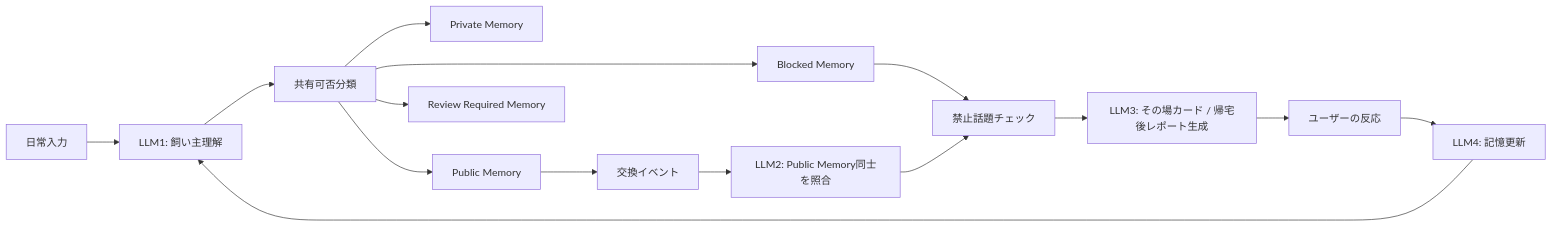
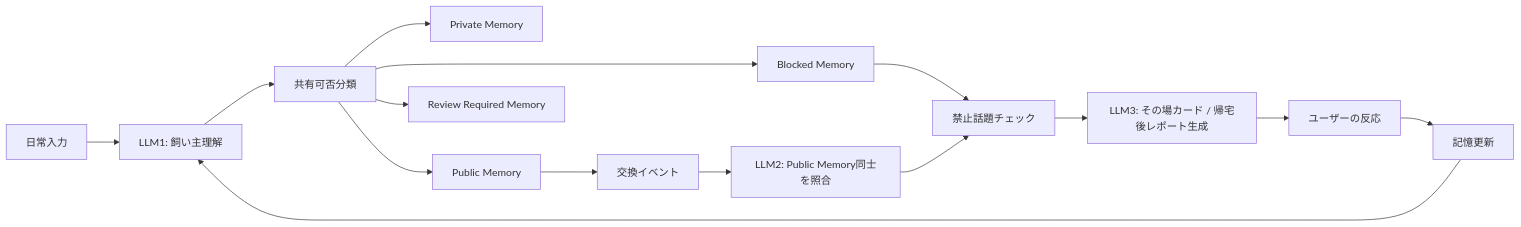
Diagram 11 of 11 in docs/flow.md (Perunamico/devops-ai-agent-hackathon-2026), drawn with Mermaid before and after one commit. The commit also changed 4 other files, not shown here.

````diff
--- a/docs/flow.md
+++ b/docs/flow.md
@@ -720,22 +720,22 @@
 ```mermaid
 flowchart LR
     A[日常入力] --> B[LLM1: 飼い主理解]
     B --> C[共有可否分類]
 
     C --> D[Private Memory]
     C --> E[Public Memory]
     C --> F[Blocked Memory]
     C --> G[Review Required Memory]
 
     E --> H[交換イベント]
     H --> I[LLM2: Public Memory同士を照合]
 
     F --> J[禁止話題チェック]
     I --> J
 
     J --> K[LLM3: その場カード / 帰宅後レポート生成]
     K --> L[ユーザーの反応]
 
-    L --> M[LLM4: 記憶更新]
+    L --> M[記憶更新]
     M --> B
 ```
````
